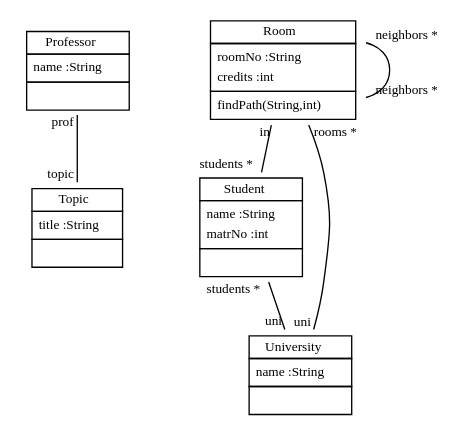
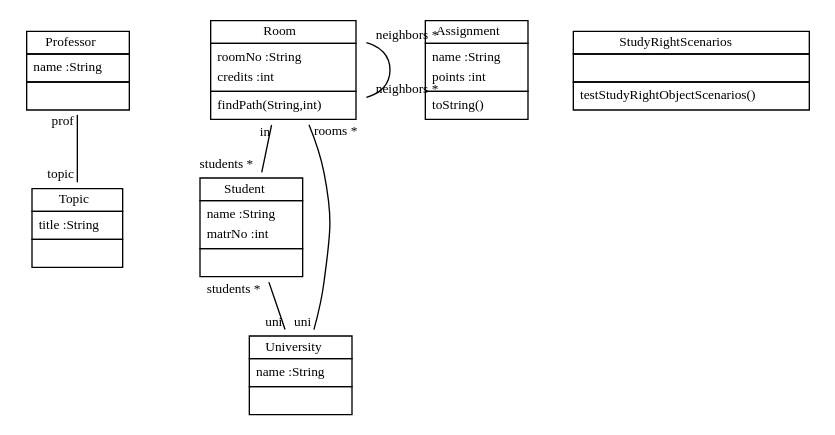
The diagram in doc/StudyRightReverseClassModel.dot (fujaba/SDMLib), drawn with Graphviz before and after one commit. The commit also changed 70 other files, not shown here.

```diff
--- a/doc/StudyRightReverseClassModel.dot
+++ b/doc/StudyRightReverseClassModel.dot
@@ -1,20 +1,22 @@
 
  digraph ClassDiagram {
     node [shape = none, fontsize = 10]; 
     edge [fontsize = 10];
     
     
     _Professor [label=<<table border='0' cellborder='1' cellspacing='0'> <tr> <td HREF="../examples/org/sdmlib/examples/studyright/Professor.java">Professor</td> </tr> <tr><td><table border='0' cellborder='0' cellspacing='0'> <tr><td align='left'>name :String</td></tr>  </table></td></tr> <tr><td><table border='0' cellborder='0' cellspacing='0'> <tr><td> </td></tr> </table></td></tr> </table>>];
     _Topic [label=<<table border='0' cellborder='1' cellspacing='0'> <tr> <td HREF="../examples/org/sdmlib/examples/studyright/Topic.java">Topic</td> </tr> <tr><td><table border='0' cellborder='0' cellspacing='0'> <tr><td align='left'>title :String</td></tr>  </table></td></tr> <tr><td><table border='0' cellborder='0' cellspacing='0'> <tr><td> </td></tr> </table></td></tr> </table>>];
     _Room [label=<<table border='0' cellborder='1' cellspacing='0'> <tr> <td HREF="../examples/org/sdmlib/examples/studyright/Room.java">Room</td> </tr> <tr><td><table border='0' cellborder='0' cellspacing='0'> <tr><td align='left'>roomNo :String</td></tr> <tr><td align='left'>credits :int</td></tr>  </table></td></tr> <tr><td><table border='0' cellborder='0' cellspacing='0'> <tr><td align='left'>findPath(String,int)</td></tr>  </table></td></tr> </table>>];
     _Student [label=<<table border='0' cellborder='1' cellspacing='0'> <tr> <td HREF="../examples/org/sdmlib/examples/studyright/Student.java">Student</td> </tr> <tr><td><table border='0' cellborder='0' cellspacing='0'> <tr><td align='left'>name :String</td></tr> <tr><td align='left'>matrNo :int</td></tr>  </table></td></tr> <tr><td><table border='0' cellborder='0' cellspacing='0'> <tr><td> </td></tr> </table></td></tr> </table>>];
     _University [label=<<table border='0' cellborder='1' cellspacing='0'> <tr> <td HREF="../examples/org/sdmlib/examples/studyright/University.java">University</td> </tr> <tr><td><table border='0' cellborder='0' cellspacing='0'> <tr><td align='left'>name :String</td></tr>  </table></td></tr> <tr><td><table border='0' cellborder='0' cellspacing='0'> <tr><td> </td></tr> </table></td></tr> </table>>];
+    _Assignment [label=<<table border='0' cellborder='1' cellspacing='0'> <tr> <td HREF="../examples/org/sdmlib/examples/studyright/Assignment.java">Assignment</td> </tr> <tr><td><table border='0' cellborder='0' cellspacing='0'> <tr><td align='left'>name :String</td></tr> <tr><td align='left'>points :int</td></tr>  </table></td></tr> <tr><td><table border='0' cellborder='0' cellspacing='0'> <tr><td align='left'>toString()</td></tr>  </table></td></tr> </table>>];
+    _StudyRightScenarios [label=<<table border='0' cellborder='1' cellspacing='0'> <tr> <td HREF="../examples/org/sdmlib/examples/studyright/StudyRightScenarios.java">StudyRightScenarios</td> </tr> <tr><td><table border='0' cellborder='0' cellspacing='0'> <tr><td> </td></tr> </table></td></tr> <tr><td><table border='0' cellborder='0' cellspacing='0'> <tr><td align='left'>testStudyRightObjectScenarios()</td></tr>  </table></td></tr> </table>>];
     
     
     
     _Professor -> _Topic [headlabel = "topic" taillabel = "prof" arrowhead = "none" ];
     _Room -> _Room [headlabel = "neighbors *" taillabel = "neighbors *" arrowhead = "none" ];
     _Room -> _Student [headlabel = "students *" taillabel = "in" arrowhead = "none" ];
     _Room -> _University [headlabel = "uni" taillabel = "rooms *" arrowhead = "none" ];
     _Student -> _University [headlabel = "uni" taillabel = "students *" arrowhead = "none" ];
 }
```
